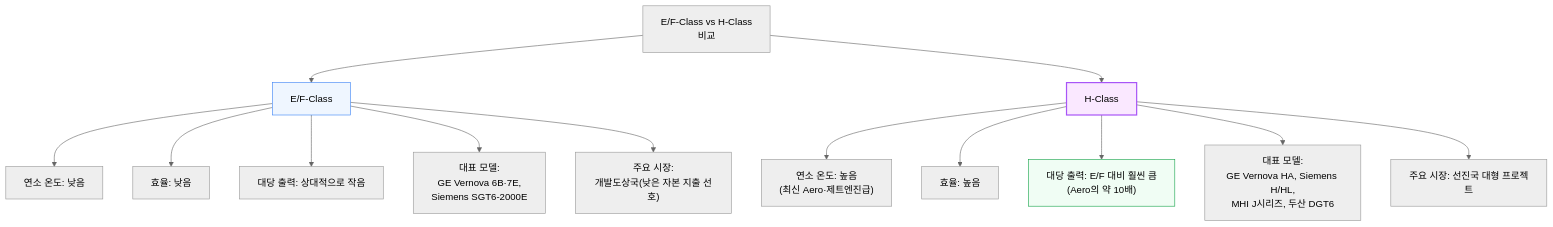
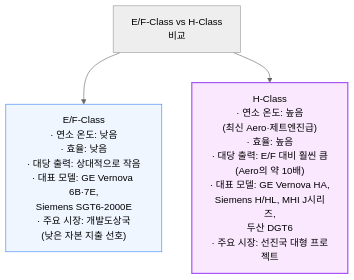
One commit to yohan4477/semi-report changed diagram 16 of 34 in 원본 해석/[251231] AI 랩들은 어떻게 전력난을 해결하는가 - 온사이트 가스 딥다이브.md. Above: the diagram before and after it, drawn with Mermaid (neutral theme). The commit also changed other lines of this file, not shown here.

First line of the commit message:
Fix all remaining diagram width violations in onsite gas doc (v14.0)

````diff
--- a/원본 해석/[251231] AI 랩들은 어떻게 전력난을 해결하는가 - 온사이트 가스 딥다이브.md
+++ b/원본 해석/[251231] AI 랩들은 어떻게 전력난을 해결하는가 - 온사이트 가스 딥다이브.md
@@ -553,21 +523,8 @@
 ```mermaid
 flowchart TD
-    CompareClass["E/F-Class vs H-Class<br/>비교"] --> EFBox["E/F-Class"]
-    CompareClass --> HBox["H-Class"]
-
-    EFBox --> EFTemp["연소 온도: 낮음"]
-    EFBox --> EFEff["효율: 낮음"]
-    EFBox --> EFPower["대당 출력: 상대적으로 작음"]
-    EFBox --> EFModel["대표 모델:<br/>GE Vernova 6B·7E,<br/>Siemens SGT6-2000E"]
-    EFBox --> EFMarket["주요 시장:<br/>개발도상국(낮은 자본 지출 선호)"]
-
-    HBox --> HTemp["연소 온도: 높음<br/>(최신 Aero·제트엔진급)"]
-    HBox --> HEff["효율: 높음"]
-    HBox --> HPower["대당 출력: E/F 대비 훨씬 큼<br/>(Aero의 약 10배)"]
-    HBox --> HModel["대표 모델:<br/>GE Vernova HA, Siemens H/HL,<br/>MHI J시리즈, 두산 DGT6"]
-    HBox --> HMarket["주요 시장: 선진국 대형 프로젝트"]
+    CompareClass["E/F-Class vs H-Class<br/>비교"] --> EFBox["E/F-Class<br/>· 연소 온도: 낮음<br/>· 효율: 낮음<br/>· 대당 출력: 상대적으로 작음<br/>· 대표 모델: GE Vernova 6B·7E,<br/>Siemens SGT6-2000E<br/>· 주요 시장: 개발도상국<br/>(낮은 자본 지출 선호)"]
+    CompareClass --> HBox["H-Class<br/>· 연소 온도: 높음<br/>(최신 Aero·제트엔진급)<br/>· 효율: 높음<br/>· 대당 출력: E/F 대비 훨씬 큼<br/>(Aero의 약 10배)<br/>· 대표 모델: GE Vernova HA,<br/>Siemens H/HL, MHI J시리즈,<br/>두산 DGT6<br/>· 주요 시장: 선진국 대형 프로젝트"]
 
     style EFBox fill:#eff6ff,stroke:#3b82f6
     style HBox fill:#fae8ff,stroke:#a855f7,stroke-width:2px
-    style HPower fill:#f0fdf4,stroke:#16a34a
 ```
````
